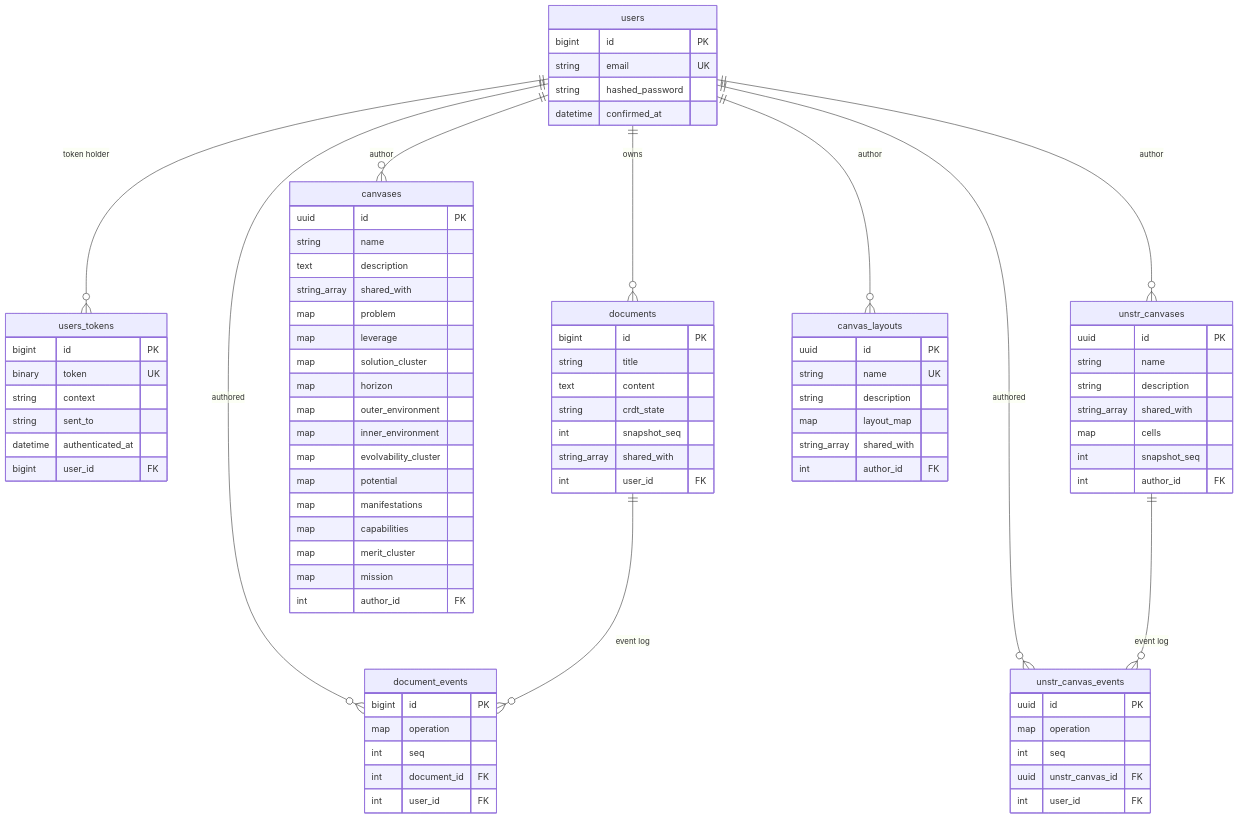
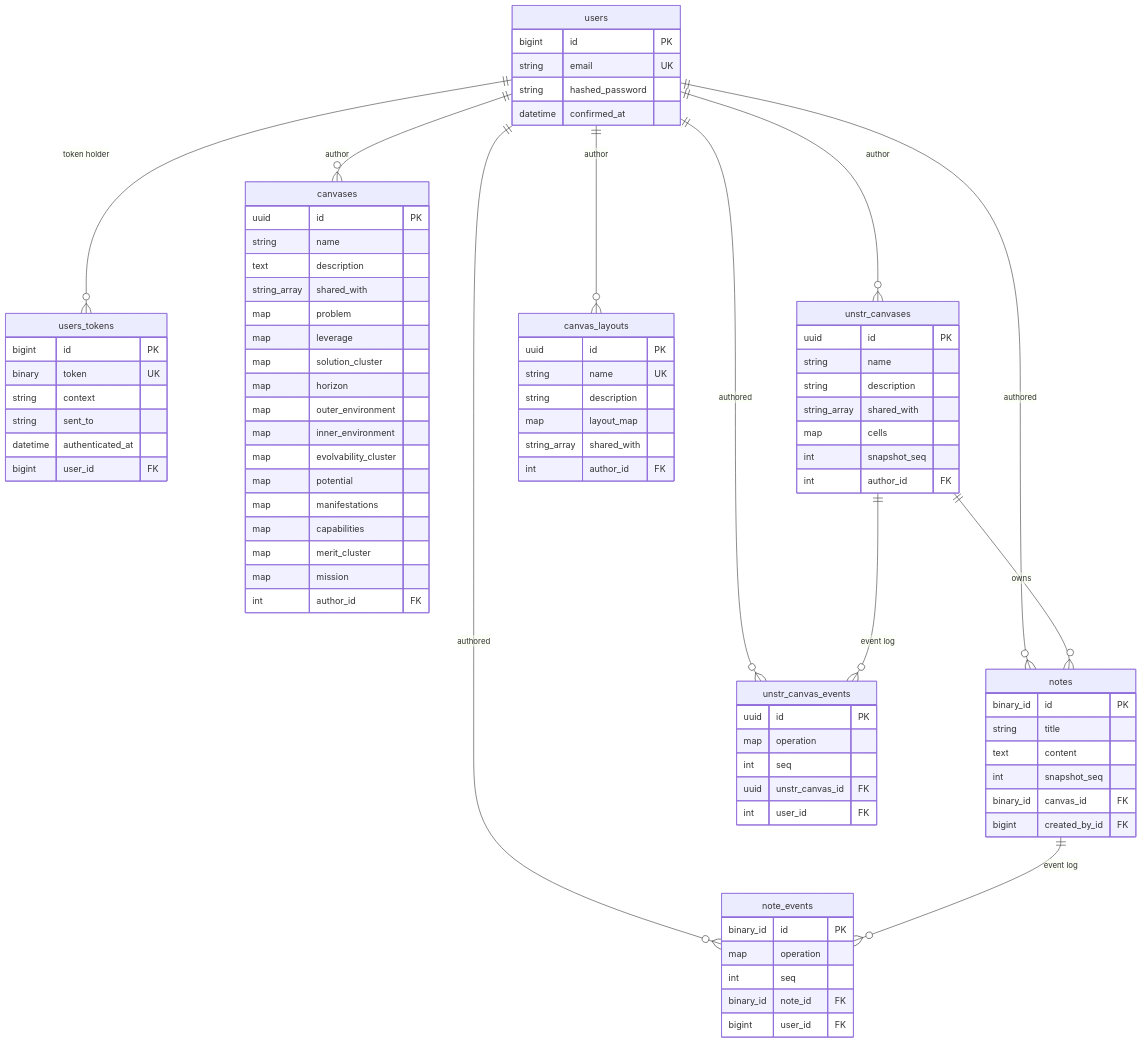
The diagram in docs/data_model.md (beltranaceves/psc-elixir), drawn with Mermaid before and after one commit. The commit also changed other lines of this file and 33 other files, not shown here.

````diff
--- a/docs/data_model.md
+++ b/docs/data_model.md
@@ -18,13 +19,14 @@
 ```mermaid
 erDiagram
     users ||--o{ users_tokens : "token holder"
-    users ||--o{ documents : "owns"
-    users ||--o{ document_events : "authored"
+    users ||--o{ notes : "authored"
+    users ||--o{ note_events : "authored"
     users ||--o{ canvases : "author"
     users ||--o{ unstr_canvases : "author"
     users ||--o{ unstr_canvas_events : "authored"
     users ||--o{ canvas_layouts : "author"
-    documents ||--o{ document_events : "event log"
+    unstr_canvases ||--o{ notes : "owns"
+    notes ||--o{ note_events : "event log"
     unstr_canvases ||--o{ unstr_canvas_events : "event log"
 
     users {
@@ -41,21 +43,20 @@
         datetime authenticated_at
         bigint user_id FK
     }
-    documents {
-        bigint id PK
+    notes {
+        binary_id id PK
         string title
         text content
-        string crdt_state
         int snapshot_seq
-        string_array shared_with
-        int user_id FK
+        binary_id canvas_id FK
+        bigint created_by_id FK
     }
-    document_events {
-        bigint id PK
+    note_events {
+        binary_id id PK
         map operation
         int seq
-        int document_id FK
-        int user_id FK
+        binary_id note_id FK
+        bigint user_id FK
     }
     canvases {
         uuid id PK
````
